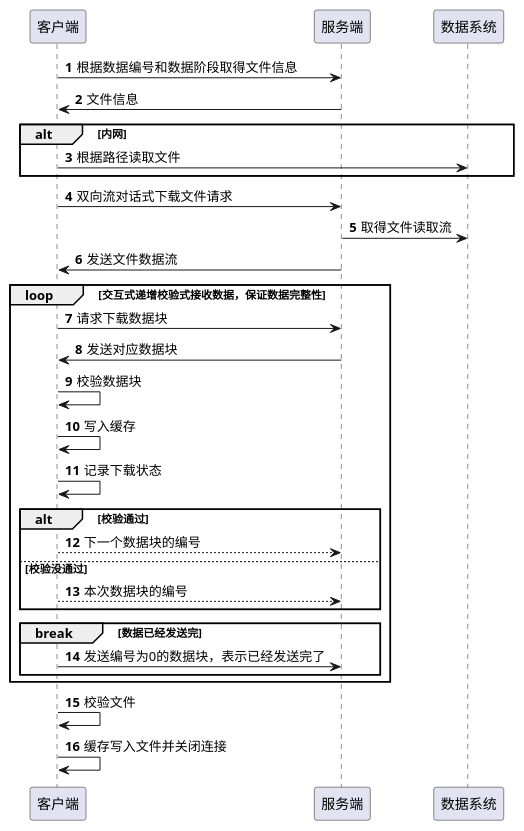
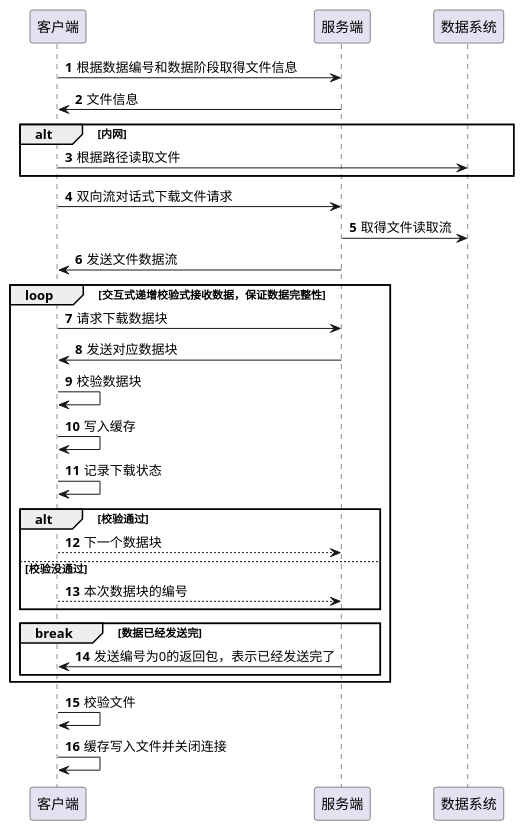
One commit to cashmerepipeline/cashmere_core changed the diagram in documents/数据系统/文件下载过程.puml. Above: the diagram before and after it, drawn with PlantUML. The commit also changed 17 other files, not shown here.

```diff
--- a/documents/数据系统/文件下载过程.puml
+++ b/documents/数据系统/文件下载过程.puml
@@ -1,38 +1,38 @@
 @startuml
 'https://plantuml.com/sequence-diagram
 
 autonumber
 
 客户端 -> 服务端: 根据数据编号和数据阶段取得文件信息
 服务端 -> 客户端: 文件信息
 
 alt 内网
 客户端 -> 数据系统: 根据路径读取文件
 end
 
 客户端 -> 服务端: 双向流对话式下载文件请求
 服务端 -> 数据系统: 取得文件读取流
 服务端  -> 客户端: 发送文件数据流
 
 loop 交互式递增校验式接收数据，保证数据完整性
 客户端 -> 服务端: 请求下载数据块
 服务端 -> 客户端: 发送对应数据块
 客户端 -> 客户端: 校验数据块
 客户端 -> 客户端: 写入缓存
 客户端 -> 客户端: 记录下载状态
 
 alt 校验通过
-服务端 <-- 客户端: 下一个数据块的编号
+服务端 <-- 客户端: 下一个数据块
 else 校验没通过
 客户端 --> 服务端 : 本次数据块的编号
 end
     break 数据已经发送完
-    客户端 -> 服务端: 发送编号为0的数据块，表示已经发送完了
+    服务端 -> 客户端: 发送编号为0的返回包，表示已经发送完了
     end
 end
 
 客户端 -> 客户端: 校验文件
 
 
 客户端 -> 客户端: 缓存写入文件并关闭连接
 @enduml
```
